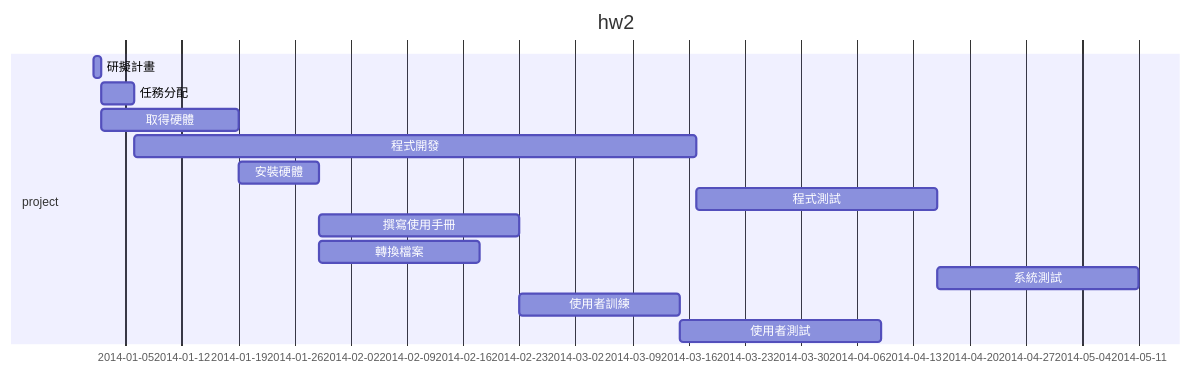
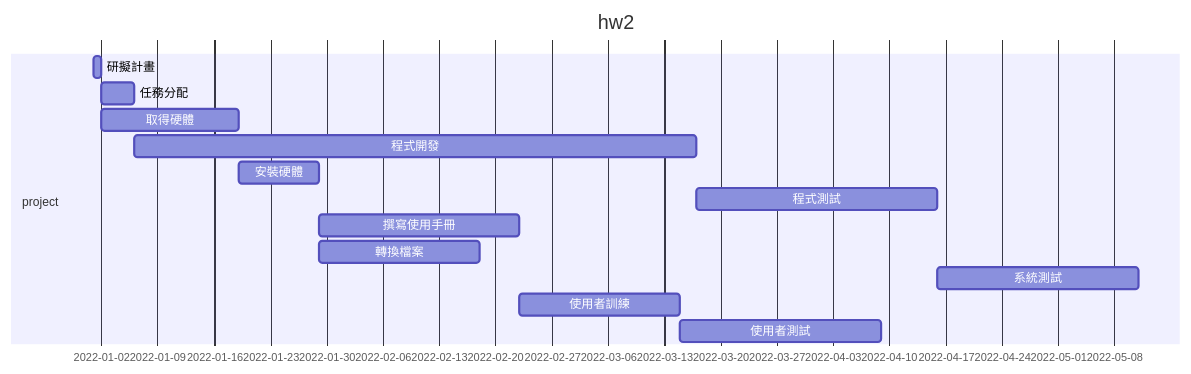
Before and after one commit to C109118133/2022-3a: the diagram in hw2.md, drawn with Mermaid. The commit also changed other lines of this file, not shown here.

````diff
--- a/hw2.md
+++ b/hw2.md
@@ -17,17 +17,17 @@
 ```mermaid
 gantt
     title hw2
 
     section project
-    研擬計畫           :a1, 2014-01-01, 1d
+    研擬計畫           :a1, 2022-01-01, 1d
     任務分配           :a2,after a1  ,4d
     取得硬體           :a3,after a1  ,17d
     程式開發           :a4,after a2  ,70d
     安裝硬體           :a5,after a3  ,10d
     程式測試           :a6,after a4  ,30d
     撰寫使用手冊       :a7,after a5  ,25d
     轉換檔案           :a8,after a5  ,20d
     系統測試           :a9,after a6  ,25d
     使用者訓練         :a10,after a7 ,20d
     使用者測試         :a11,after a10  ,25d
 ```    
````
